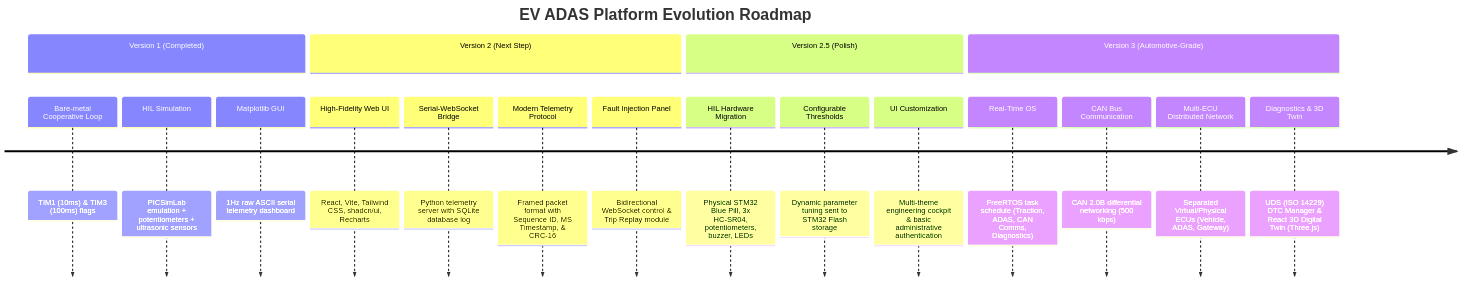
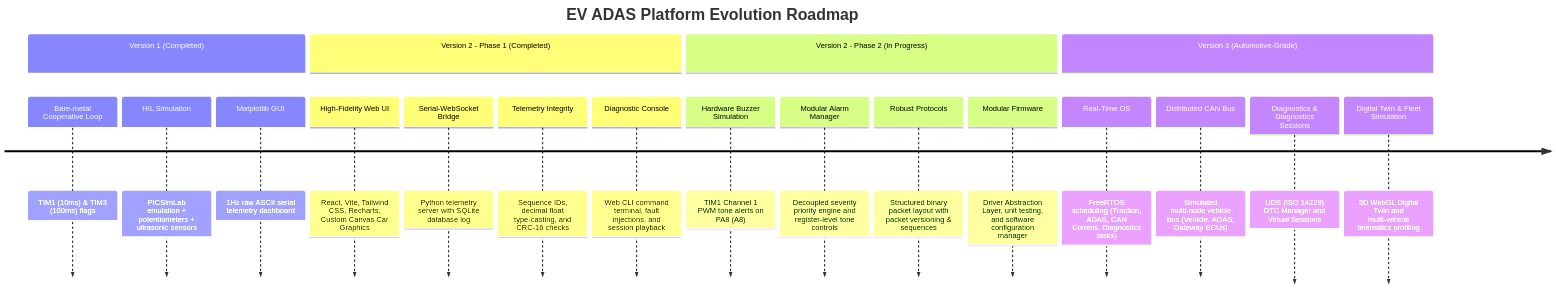
Before and after one commit to ahana4banerjee/ev_adas_dashboard: the first of 3 diagrams in ROADMAP.md, drawn with Mermaid. The commit also changed other lines of this file, not shown here.

Commit message:
docs: update project roadmap to reflect multi-phase architecture and updated EV ADAS platform evolution

````diff
--- a/ROADMAP.md
+++ b/ROADMAP.md
@@ -33,22 +33,23 @@
 ```mermaid
 timeline
     title EV ADAS Platform Evolution Roadmap
     section Version 1 (Completed)
         Bare-metal Cooperative Loop : TIM1 (10ms) & TIM3 (100ms) flags
         HIL Simulation : PICSimLab emulation + potentiometers + ultrasonic sensors
         Matplotlib GUI : 1Hz raw ASCII serial telemetry dashboard
-    section Version 2 (Next Step)
-        High-Fidelity Web UI : React, Vite, Tailwind CSS, shadcn/ui, Recharts
+    section Version 2 - Phase 1 (Completed)
+        High-Fidelity Web UI : React, Vite, Tailwind CSS, Recharts, Custom Canvas Car Graphics
         Serial-WebSocket Bridge : Python telemetry server with SQLite database log
-        Modern Telemetry Protocol : Framed packet format with Sequence ID, MS Timestamp, & CRC-16
-        Fault Injection Panel : Bidirectional WebSocket control & Trip Replay module
-    section Version 2.5 (Polish)
-        HIL Hardware Migration : Physical STM32 Blue Pill, 3x HC-SR04, potentiometers, buzzer, LEDs
-        Configurable Thresholds : Dynamic parameter tuning sent to STM32 Flash storage
-        UI Customization : Multi-theme engineering cockpit & basic administrative authentication
+        Telemetry Integrity : Sequence IDs, decimal float type-casting, and CRC-16 checks
+        Diagnostic Console : Web CLI command terminal, fault injections, and session playback
+    section Version 2 - Phase 2 (In Progress)
+        Hardware Buzzer Simulation : TIM1 Channel 1 PWM tone alerts on PA8 (A8)
+        Modular Alarm Manager : Decoupled severity priority engine and register-level tone controls
+        Robust Protocols : Structured binary packet layout with packet versioning & sequences
+        Modular Firmware : Driver Abstraction Layer, unit testing, and software configuration manager
     section Version 3 (Automotive-Grade)
-        Real-Time OS : FreeRTOS task schedule (Traction, ADAS, CAN Comms, Diagnostics)
-        CAN Bus Communication : CAN 2.0B differential networking (500 kbps)
-        Multi-ECU Distributed Network : Separated Virtual/Physical ECUs (Vehicle, ADAS, Gateway)
-        Diagnostics & 3D Twin : UDS (ISO 14229) DTC Manager & React 3D Digital Twin (Three.js)
+        Real-Time OS : FreeRTOS scheduling (Traction, ADAS, CAN Comms, Diagnostics tasks)
+        Distributed CAN Bus : Simulated multi-node vehicle bus (Vehicle, ADAS, Gateway ECUs)
+        Diagnostics & Diagnostics Sessions : UDS (ISO 14229) DTC Manager and Virtual Sessions
+        Digital Twin & Fleet Simulation : 3D WebGL Digital Twin and multi-vehicle telematics profiling
 ```
````
